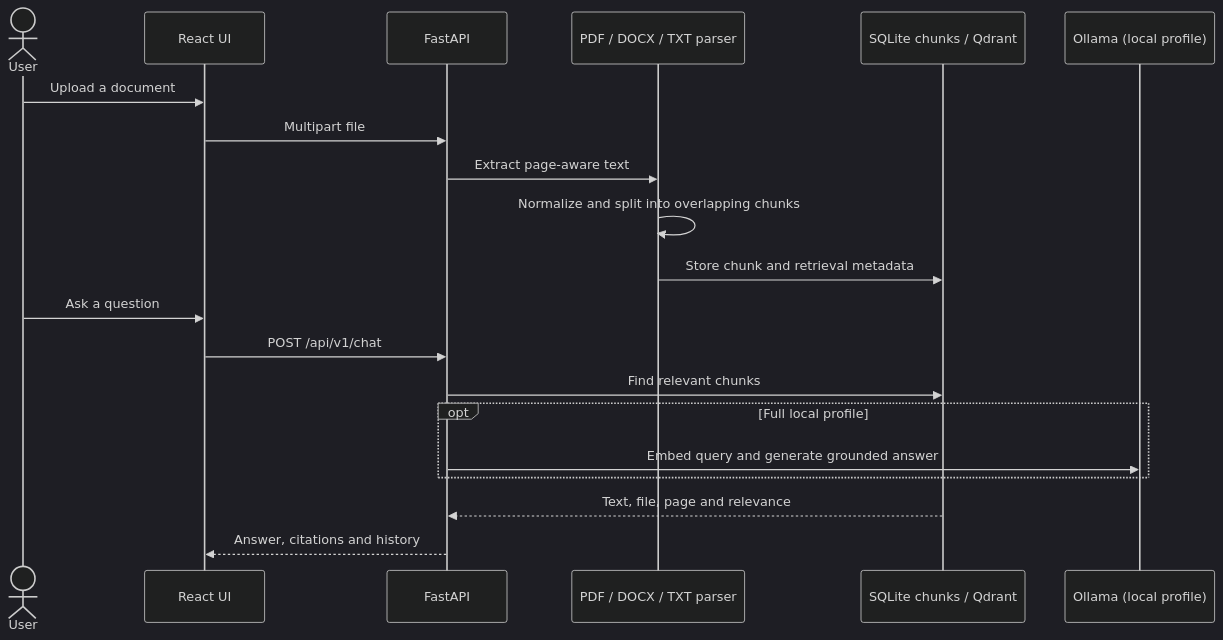
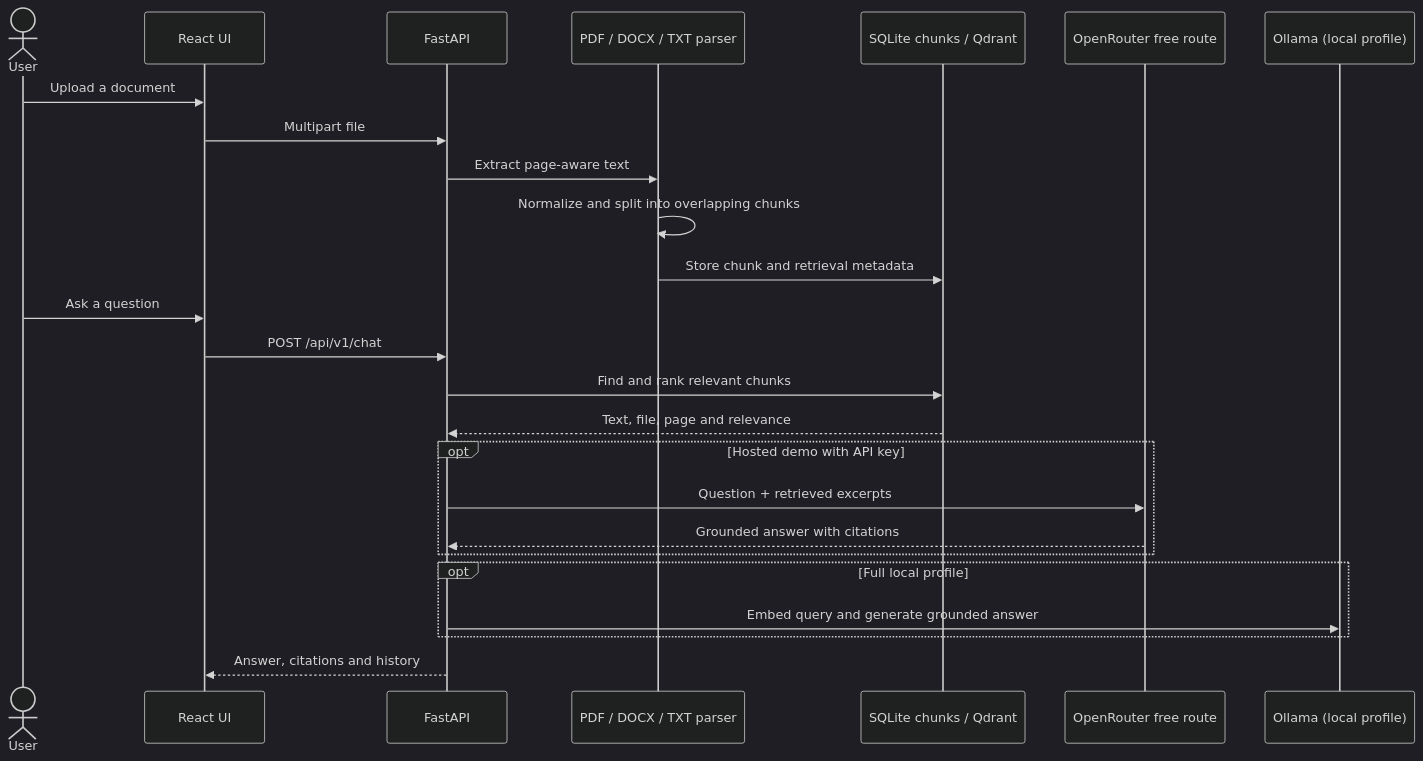
Before and after one commit to leonidchekin55/developer-portfolio-python-ai: the second of 2 diagrams in ARCHITECTURE.md, drawn with Mermaid (dark theme). The commit also changed other lines of this file and 1 other file, not shown here.

Commit message:
Document hosted OpenRouter RAG architecture

````diff
--- a/ARCHITECTURE.md
+++ b/ARCHITECTURE.md
@@ -45,22 +45,27 @@
 ```mermaid
 sequenceDiagram
   actor User
   participant UI as React UI
   participant API as FastAPI
   participant Parser as PDF / DOCX / TXT parser
   participant Index as SQLite chunks / Qdrant
+  participant Provider as OpenRouter free route
   participant Model as Ollama (local profile)
   User->>UI: Upload a document
   UI->>API: Multipart file
   API->>Parser: Extract page-aware text
   Parser->>Parser: Normalize and split into overlapping chunks
   Parser->>Index: Store chunk and retrieval metadata
   User->>UI: Ask a question
   UI->>API: POST /api/v1/chat
-  API->>Index: Find relevant chunks
+  API->>Index: Find and rank relevant chunks
+  Index-->>API: Text, file, page and relevance
+  opt Hosted demo with API key
+    API->>Provider: Question + retrieved excerpts
+    Provider-->>API: Grounded answer with citations
+  end
   opt Full local profile
     API->>Model: Embed query and generate grounded answer
   end
-  Index-->>API: Text, file, page and relevance
   API-->>UI: Answer, citations and history
 ```
````
